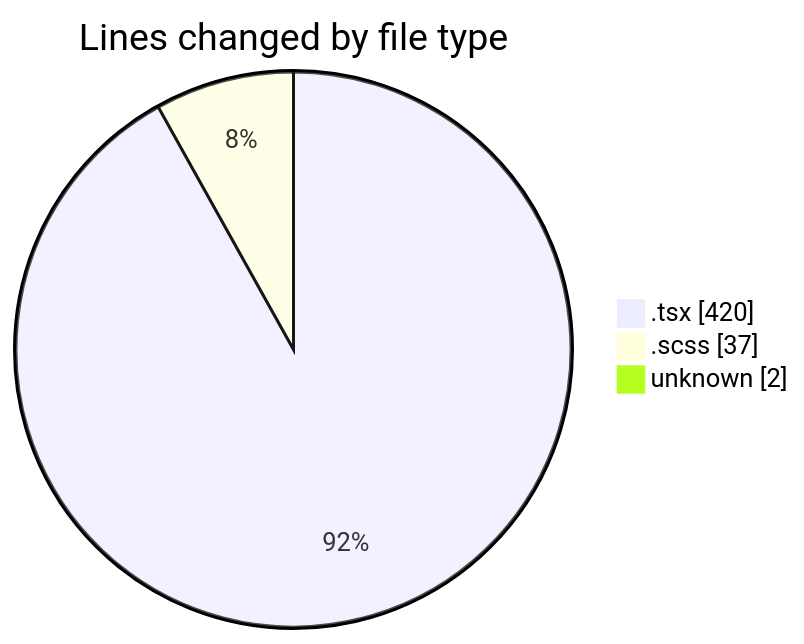
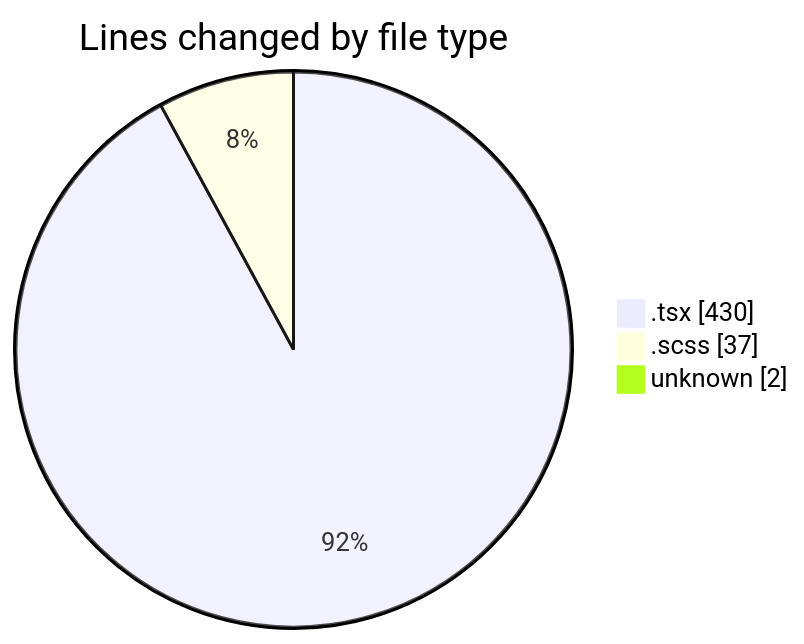
One commit to momahboobian/code-tracking changed the first of 2 diagrams in 2025-02-13/cda/README.md. Above: the diagram before and after it, drawn with Mermaid. The commit also changed other lines of this file and 1 other file, not shown here.

````diff
--- a/2025-02-13/cda/README.md
+++ b/2025-02-13/cda/README.md
@@ -28,7 +28,7 @@
 ```mermaid
 pie showData
 title Lines changed by file type
-".tsx" : 420
+".tsx" : 430
 ".scss" : 37
 "unknown" : 2
 ```
````
